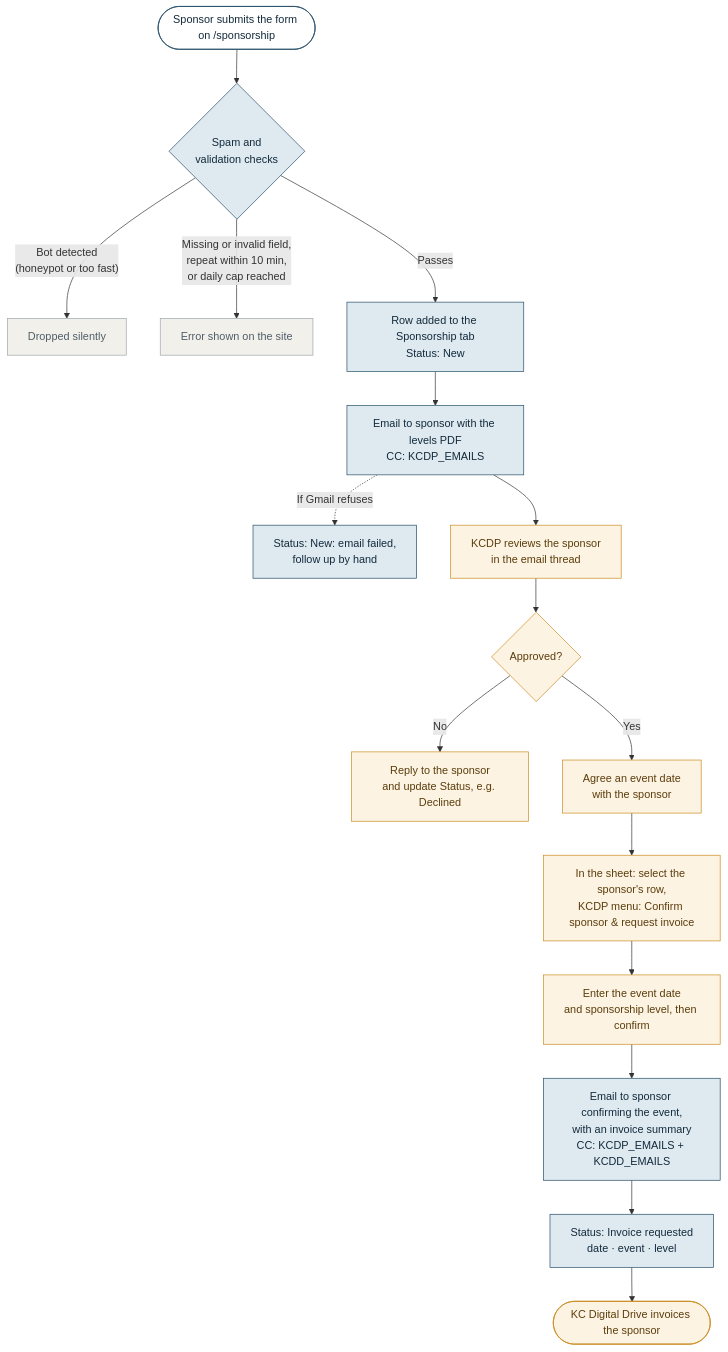
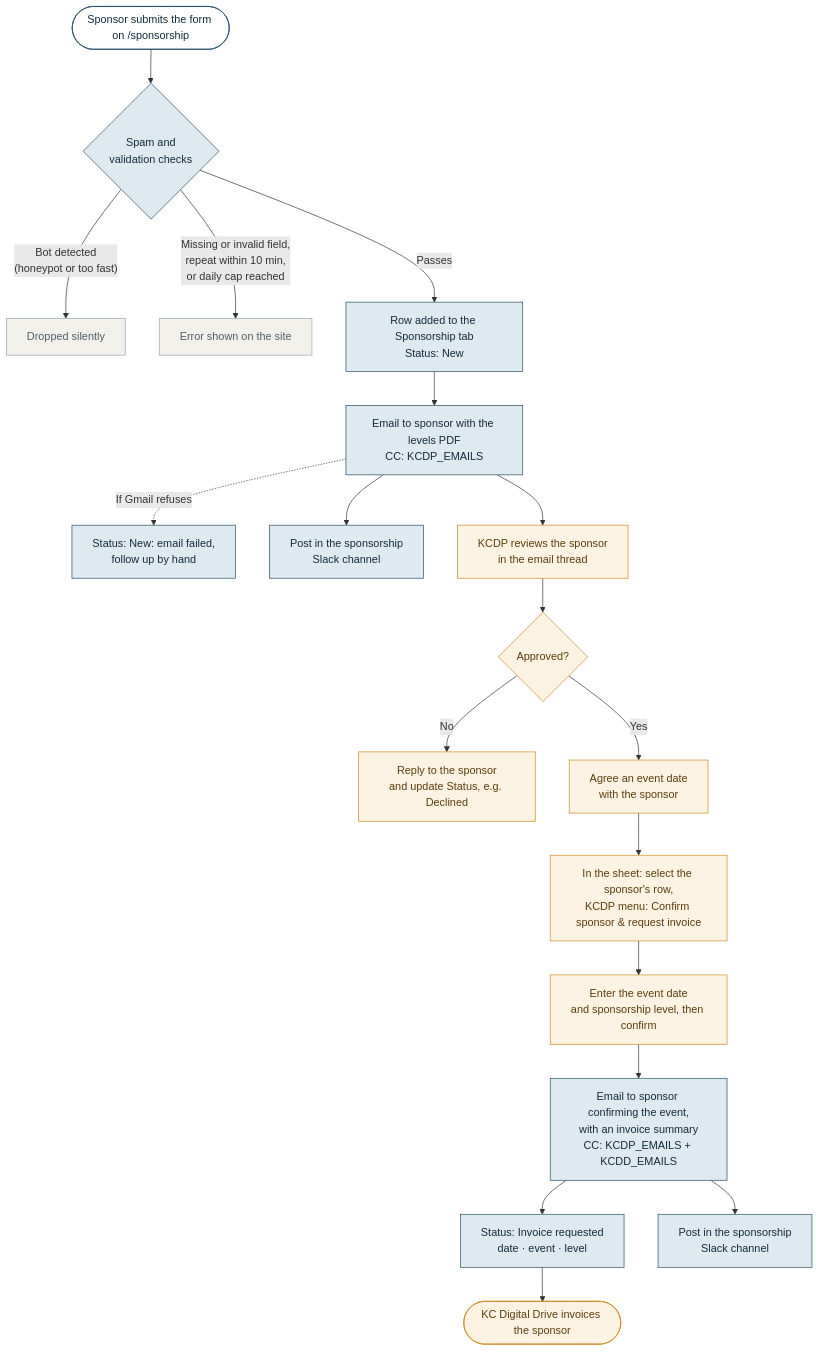
Before and after one commit to da5idt/kcdataprofessionals_site: the first of 2 diagrams in docs/forms.md, drawn with Mermaid. The commit also changed other lines of this file and 3 other files, not shown here.

First line of the commit message:
Post form activity to separate Slack channels per workflow

````diff
--- a/docs/forms.md
+++ b/docs/forms.md
@@ -40,27 +42,29 @@
 ```mermaid
 flowchart TD
     A([Sponsor submits the form on /sponsorship]) --> B{Spam and<br/>validation checks}
     B -- "Bot detected<br/>(honeypot or too fast)" --> X[Dropped silently]
     B -- "Missing or invalid field,<br/>repeat within 10 min,<br/>or daily cap reached" --> Y[Error shown on the site]
     B -- Passes --> C[Row added to the Sponsorship tab<br/>Status: New]
     C --> D["Email to sponsor with the levels PDF<br/>CC: KCDP_EMAILS"]
     D -. "If Gmail refuses" .-> D2[Status: New: email failed,<br/>follow up by hand]
+    D --> S1[Post in the sponsorship<br/>Slack channel]
     D --> E[KCDP reviews the sponsor<br/>in the email thread]
     E --> F{Approved?}
     F -- No --> G[Reply to the sponsor<br/>and update Status, e.g. Declined]
     F -- Yes --> H[Agree an event date<br/>with the sponsor]
     H --> I["In the sheet: select the sponsor's row,<br/>KCDP menu: Confirm sponsor & request invoice"]
     I --> J[Enter the event date<br/>and sponsorship level, then confirm]
     J --> K["Email to sponsor confirming the event,<br/>with an invoice summary<br/>CC: KCDP_EMAILS + KCDD_EMAILS"]
     K --> L["Status: Invoice requested<br/>date · event · level"]
+    K --> S2[Post in the sponsorship<br/>Slack channel]
     L --> M([KC Digital Drive invoices the sponsor])
 
     classDef auto fill:#dfe9f0,stroke:#244c66,color:#132b3c
     classDef manual fill:#fdf3e2,stroke:#c98a1e,color:#5a3d0c
     classDef stop fill:#f2f0ea,stroke:#9aa5ad,color:#4f5d68
     classDef person fill:#ffffff,stroke:#244c66,color:#132b3c
     class A person
-    class B,C,D,D2,K,L auto
+    class B,C,D,D2,K,L,S1,S2 auto
     class E,F,G,H,I,J,M manual
     class X,Y stop
 ```
````
